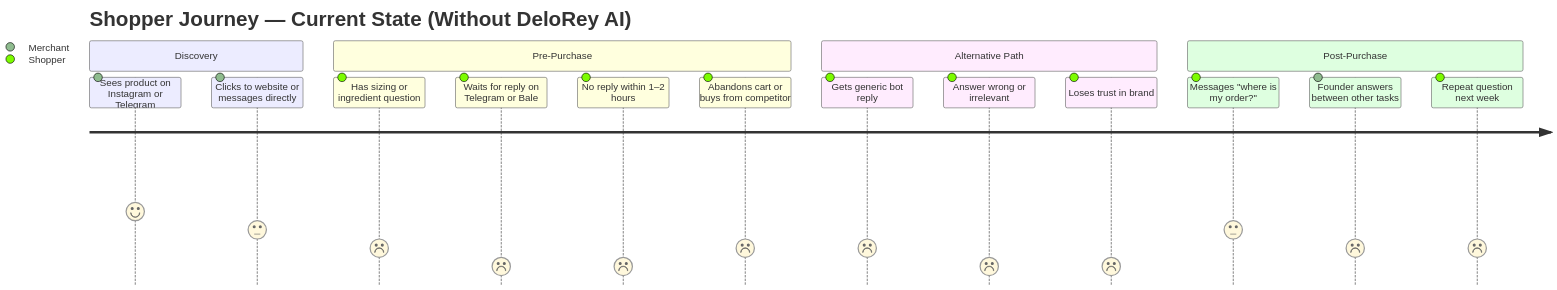
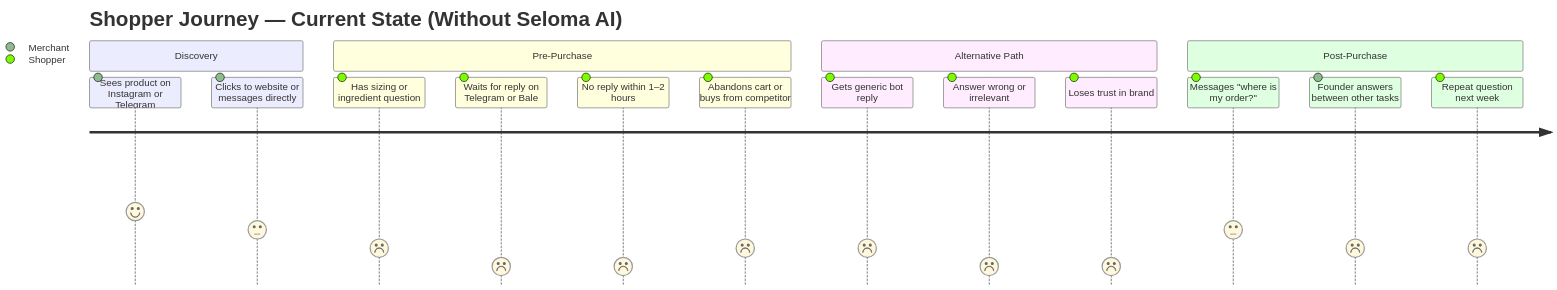
The first of 4 diagrams in docs/01-business/business-plan.md (meteor7495/delorey-ai), drawn with Mermaid before and after one commit. The commit also changed other lines of this file and 149 other files, not shown here.

````diff
--- a/docs/01-business/business-plan.md
+++ b/docs/01-business/business-plan.md
@@ -47,20 +47,20 @@
 ```mermaid
 journey
-    title Shopper Journey — Current State (Without DeloRey AI)
+    title Shopper Journey — Current State (Without Seloma AI)
     section Discovery
       Sees product on Instagram or Telegram: 4: Merchant
       Clicks to website or messages directly: 3: Merchant
     section Pre-Purchase
       Has sizing or ingredient question: 2: Shopper
       Waits for reply on Telegram or Bale: 1: Shopper
       No reply within 1–2 hours: 1: Shopper
       Abandons cart or buys from competitor: 2: Shopper
     section Alternative Path
       Gets generic bot reply: 2: Shopper
       Answer wrong or irrelevant: 1: Shopper
       Loses trust in brand: 1: Shopper
     section Post-Purchase
       Messages "where is my order?": 3: Shopper
       Founder answers between other tasks: 2: Merchant
       Repeat question next week: 2: Shopper
 ```
````
